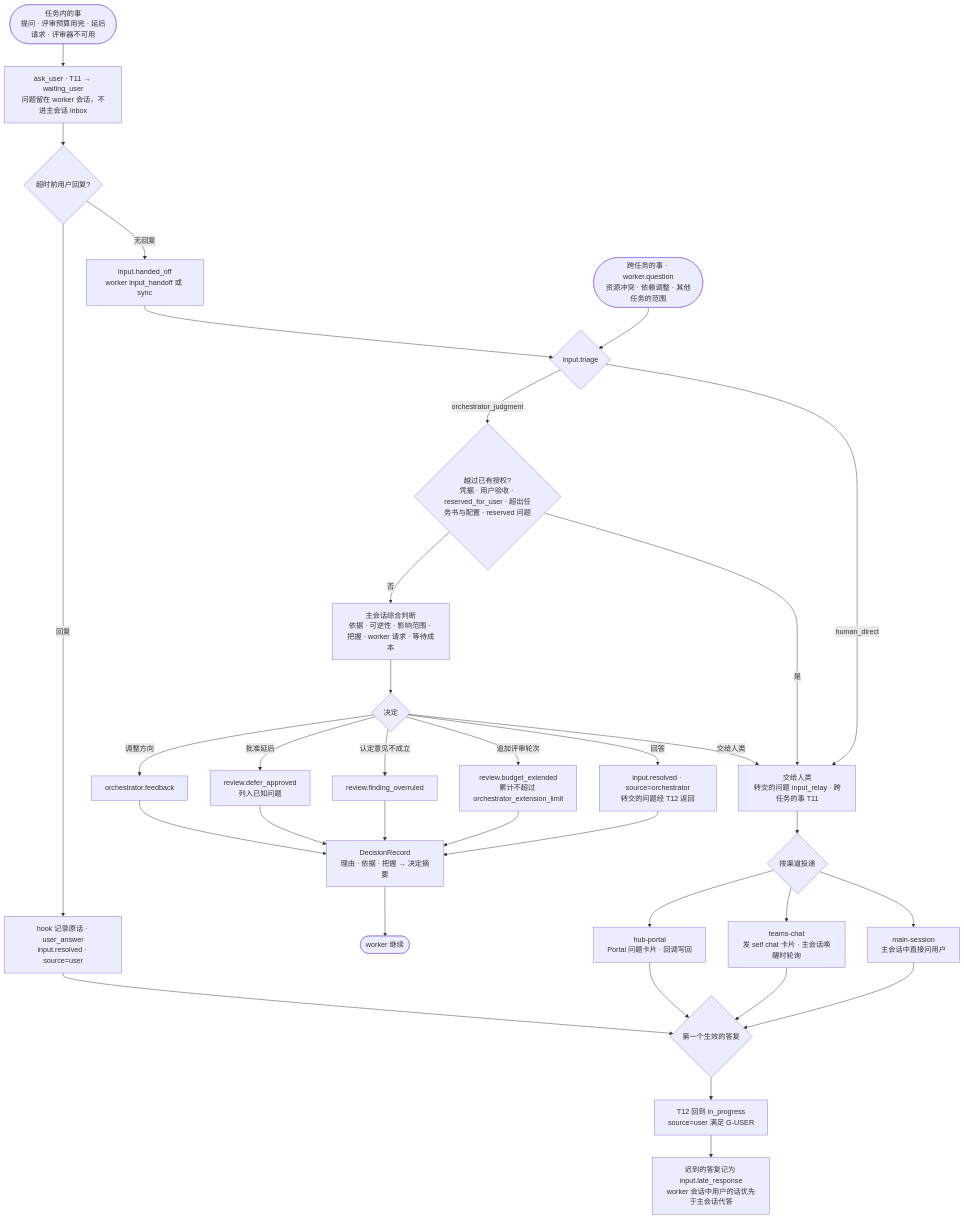
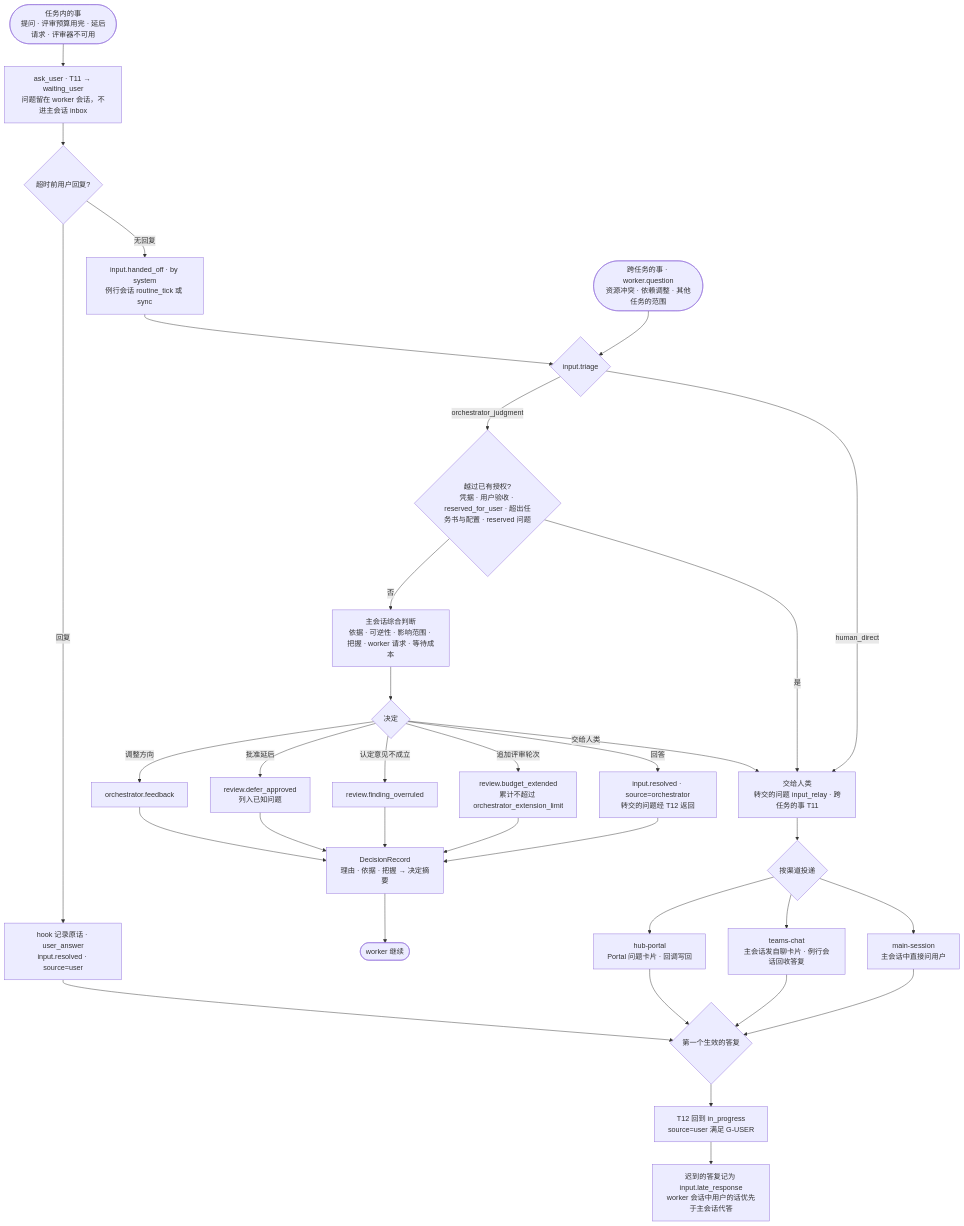
The diagram in docs/design/diagrams/input-routing.mmd (flyrobin620/task-steward), drawn with Mermaid before and after one commit. The commit also changed 15 other files, not shown here.

Commit message:
design: the routine session and the teams-chat channel (T243)

```diff
--- a/docs/design/diagrams/input-routing.mmd
+++ b/docs/design/diagrams/input-routing.mmd
@@ -1,35 +1,35 @@
 flowchart TD
     Q1([任务内的事<br/>提问 · 评审预算用完 · 延后请求 · 评审器不可用]) --> ASK
     Q2([跨任务的事 · worker.question<br/>资源冲突 · 依赖调整 · 其他任务的范围]) --> J
     ASK[ask_user · T11 → waiting_user<br/>问题留在 worker 会话，不进主会话 inbox] --> U{超时前用户回复?}
     U -- 回复 --> UA[hook 记录原话 · user_answer<br/>input.resolved · source=user]
-    U -- 无回复 --> HO[input.handed_off<br/>worker input_handoff 或 sync]
+    U -- 无回复 --> HO[input.handed_off · by system<br/>例行会话 routine_tick 或 sync]
     HO --> J
     J{input.triage}
     J -- human_direct --> ESC
     J -- orchestrator_judgment --> A{越过已有授权?<br/>凭据 · 用户验收 · reserved_for_user · 超出任务书与配置 · reserved 问题}
     A -- 是 --> ESC
     A -- 否 --> F[主会话综合判断<br/>依据 · 可逆性 · 影响范围 · 把握 · worker 请求 · 等待成本]
     F --> D{决定}
     D -- 回答 --> R1[input.resolved · source=orchestrator<br/>转交的问题经 T12 返回]
     D -- 追加评审轮次 --> R2[review.budget_extended<br/>累计不超过 orchestrator_extension_limit]
     D -- 认定意见不成立 --> R3[review.finding_overruled]
     D -- 批准延后 --> R4[review.defer_approved<br/>列入已知问题]
     D -- 调整方向 --> R5[orchestrator.feedback]
     D -- 交给人类 --> ESC
     R1 --> DR[DecisionRecord<br/>理由 · 依据 · 把握 → 决定摘要]
     R2 --> DR
     R3 --> DR
     R4 --> DR
     R5 --> DR
     DR --> W1([worker 继续])
     ESC[交给人类<br/>转交的问题 input_relay · 跨任务的事 T11] --> CH{按渠道投递}
     CH --> S1[main-session<br/>主会话中直接问用户]
-    CH --> S2[teams-chat<br/>发 self chat 卡片 · 主会话唤醒时轮询]
+    CH --> S2[teams-chat<br/>主会话发自聊卡片 · 例行会话回收答复]
     CH --> S3[hub-portal<br/>Portal 问题卡片 · 回调写回]
     S1 --> V{第一个生效的答复}
     S2 --> V
     S3 --> V
     UA --> V
     V --> RR[T12 回到 in_progress<br/>source=user 满足 G-USER]
     RR --> C[迟到的答复记为 input.late_response<br/>worker 会话中用户的话优先于主会话代答]
```
